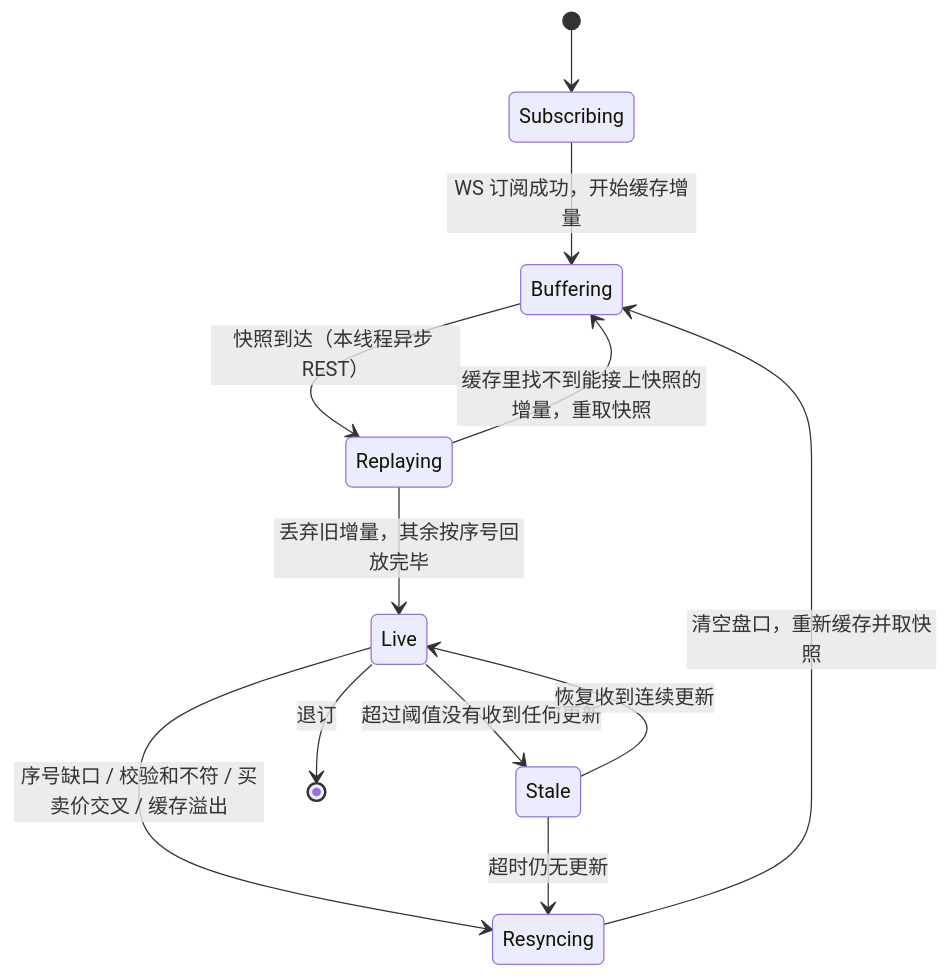
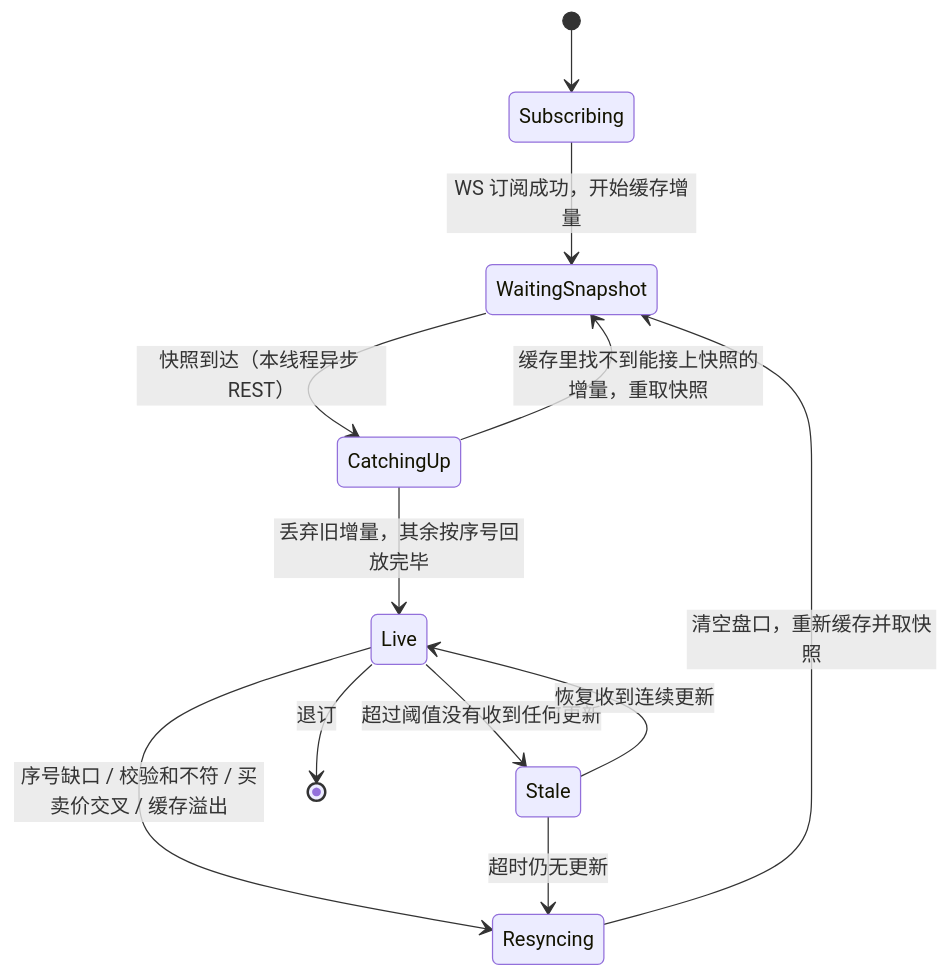
The second of 5 diagrams in docs/ORDER_BOOK.md (larrystd/hbot-quant), drawn with Mermaid before and after one commit. The commit also changed other lines of this file and 12 other files, not shown here.

````diff
--- a/docs/ORDER_BOOK.md
+++ b/docs/ORDER_BOOK.md
@@ -31,14 +31,14 @@
 ```mermaid
 stateDiagram-v2
     [*] --> Subscribing
-    Subscribing --> Buffering: WS 订阅成功，开始缓存增量
-    Buffering --> Replaying: 快照到达（本线程异步 REST）
-    Replaying --> Live: 丢弃旧增量，其余按序号回放完毕
-    Replaying --> Buffering: 缓存里找不到能接上快照的增量，重取快照
+    Subscribing --> WaitingSnapshot: WS 订阅成功，开始缓存增量
+    WaitingSnapshot --> CatchingUp: 快照到达（本线程异步 REST）
+    CatchingUp --> Live: 丢弃旧增量，其余按序号回放完毕
+    CatchingUp --> WaitingSnapshot: 缓存里找不到能接上快照的增量，重取快照
     Live --> Resyncing: 序号缺口 / 校验和不符 / 买卖价交叉 / 缓存溢出
     Live --> Stale: 超过阈值没有收到任何更新
     Stale --> Live: 恢复收到连续更新
     Stale --> Resyncing: 超时仍无更新
-    Resyncing --> Buffering: 清空盘口，重新缓存并取快照
+    Resyncing --> WaitingSnapshot: 清空盘口，重新缓存并取快照
     Live --> [*]: 退订
 ```
````
